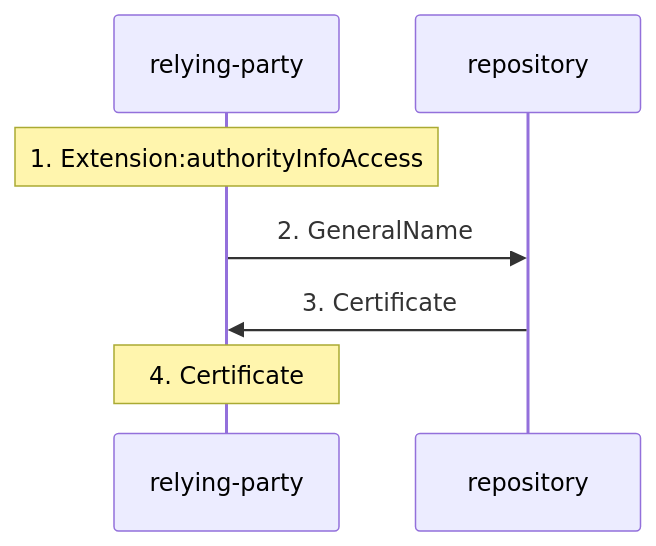
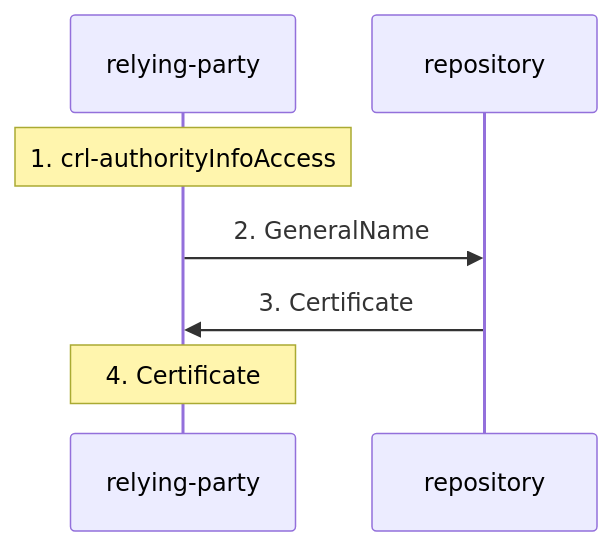
The eighth of 15 diagrams in records/ietf/rfc-5280/distilled/protocol.md (m-of-n/library), drawn with Mermaid before and after one commit. The commit also changed other lines of this file and 7 other files, not shown here.

````diff
--- a/records/ietf/rfc-5280/distilled/protocol.md
+++ b/records/ietf/rfc-5280/distilled/protocol.md
@@ -292,9 +292,9 @@
 ```mermaid
 sequenceDiagram
   participant relying_party as relying-party
   participant repository as repository
-  Note over relying_party: 1. Extension:authorityInfoAccess
+  Note over relying_party: 1. crl-authorityInfoAccess
   relying_party->>repository: 2. GeneralName
   repository->>relying_party: 3. Certificate
   Note over relying_party: 4. Certificate
 ```
````
